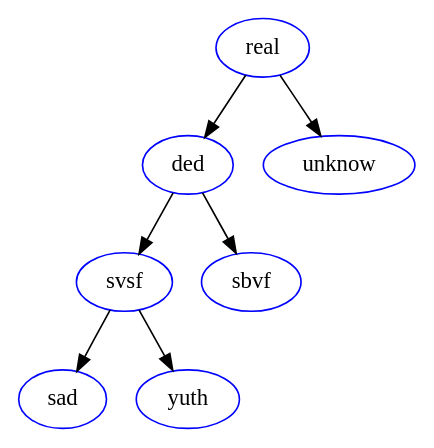
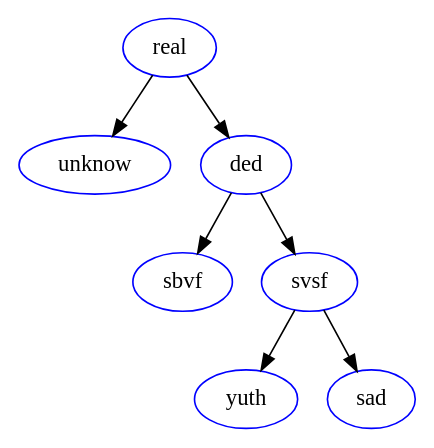
Before and after one commit to Misha-Belov/akinator: the diagram in tree_draw.dot, drawn with Graphviz. The commit also changed 4 other files, not shown here.

```diff
--- a/tree_draw.dot
+++ b/tree_draw.dot
@@ -1,15 +1,15 @@
 digraph {
-	"008C1560" [label = "real", color = "blue"]
-	"008C1560" -> "008C1740"
-	"008C1740" [label = "ded", color = "blue"]
-	"008C1740" -> "008C4878"
-	"008C4878" [label = "svsf", color = "blue"]
-	"008C4878" -> "008C4968"
-	"008C4968" [label = "sad", color = "blue"]
-	"008C4878" -> "008C48F0"
-	"008C48F0" [label = "yuth", color = "blue"]
-	"008C1740" -> "008C17B8"
-	"008C17B8" [label = "sbvf", color = "blue"]
-	"008C1560" -> "008C16C8"
-	"008C16C8" [label = "unknow", color = "blue"]
+	"00E01560" [label = "real", color = "blue"]
+	"00E01560" -> "00E01740"
+	"00E01740" [label = "unknow", color = "blue"]
+	"00E01560" -> "00E016C8"
+	"00E016C8" [label = "ded", color = "blue"]
+	"00E016C8" -> "00E04878"
+	"00E04878" [label = "sbvf", color = "blue"]
+	"00E016C8" -> "00E017B8"
+	"00E017B8" [label = "svsf", color = "blue"]
+	"00E017B8" -> "00E04968"
+	"00E04968" [label = "yuth", color = "blue"]
+	"00E017B8" -> "00E048F0"
+	"00E048F0" [label = "sad", color = "blue"]
 }
```
